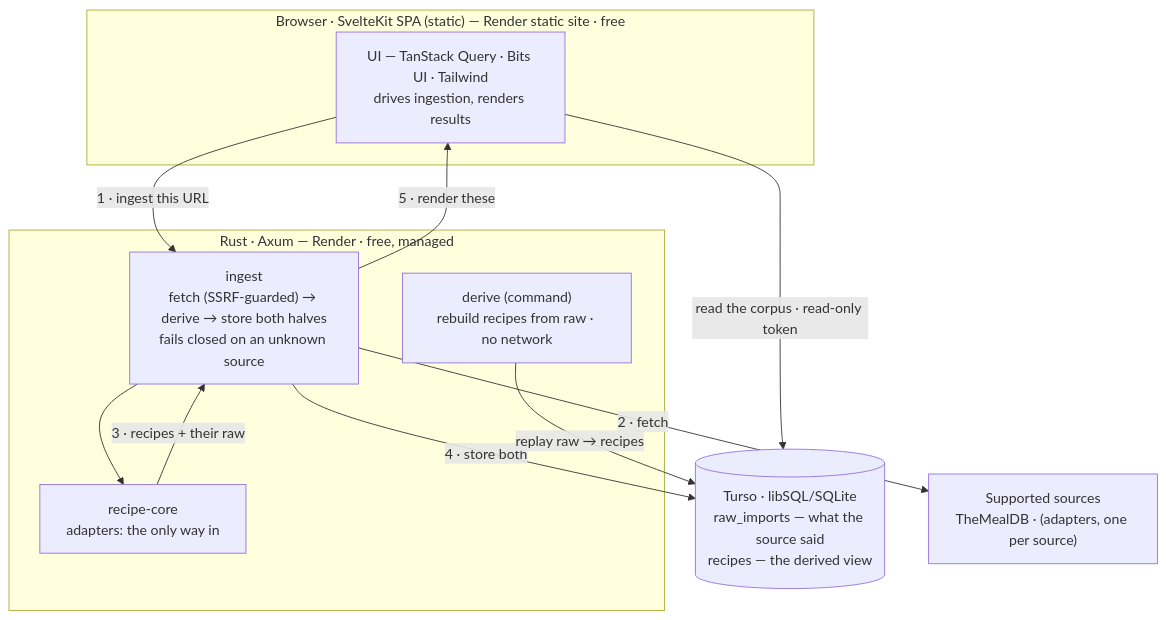
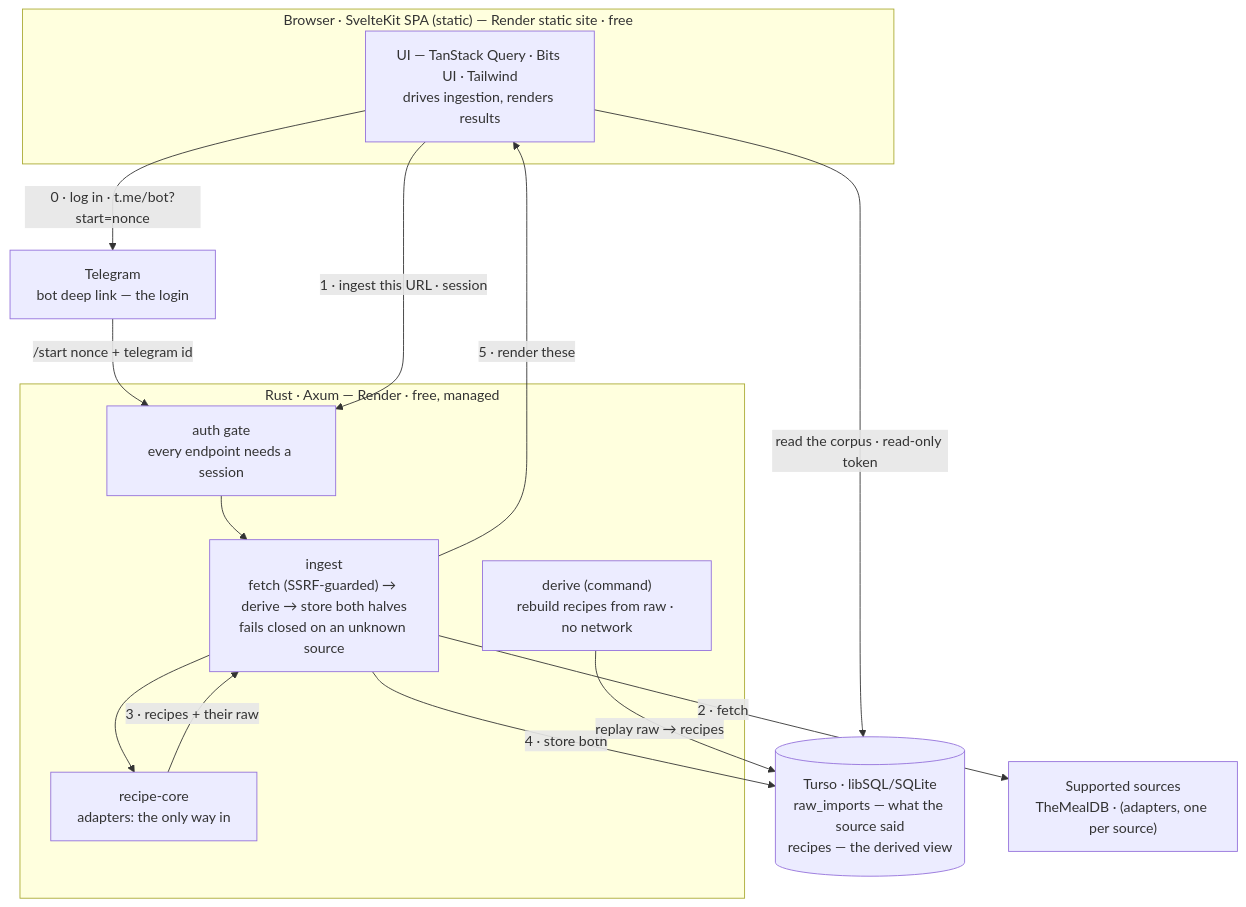
Before and after one commit to thedavidmeister/recipes: the diagram in README.md, drawn with Mermaid. The commit also changed other lines of this file and 9 other files, not shown here.

First line of the commit message:
Mandatory Telegram magic-link auth

````diff
--- a/README.md
+++ b/README.md
@@ -10,24 +10,30 @@
 ```mermaid
 flowchart TD
     subgraph browser["Browser · SvelteKit SPA (static) — Render static site · free"]
         ui["UI — TanStack Query · Bits UI · Tailwind<br/>drives ingestion, renders results"]
     end
 
     subgraph render["Rust · Axum — Render · free, managed"]
+        gate["auth gate<br/>every endpoint needs a session"]
         ingest["ingest<br/>fetch (SSRF-guarded) → derive → store both halves<br/>fails closed on an unknown source"]
         core["recipe-core<br/>adapters: the only way in"]
         derivecmd["derive (command)<br/>rebuild recipes from raw · no network"]
     end
 
+    tg["Telegram<br/>bot deep link — the login"]
+
     turso[("Turso · libSQL/SQLite<br/>raw_imports — what the source said<br/>recipes — the derived view")]
     ext["Supported sources<br/>TheMealDB · (adapters, one per source)"]
 
     ui -->|"read the corpus · read-only token"| turso
-    ui -->|"1 · ingest this URL"| ingest
+    ui -->|"0 · log in · t.me/bot?start=nonce"| tg
+    tg -->|"/start nonce + telegram id"| gate
+    ui -->|"1 · ingest this URL · session"| gate
+    gate --> ingest
     ingest -->|"2 · fetch"| ext
     ingest --> core
     core -->|"3 · recipes + their raw"| ingest
     ingest -->|"4 · store both"| turso
     ingest -->|"5 · render these"| ui
     derivecmd -->|"replay raw → recipes"| turso
 ```
````
